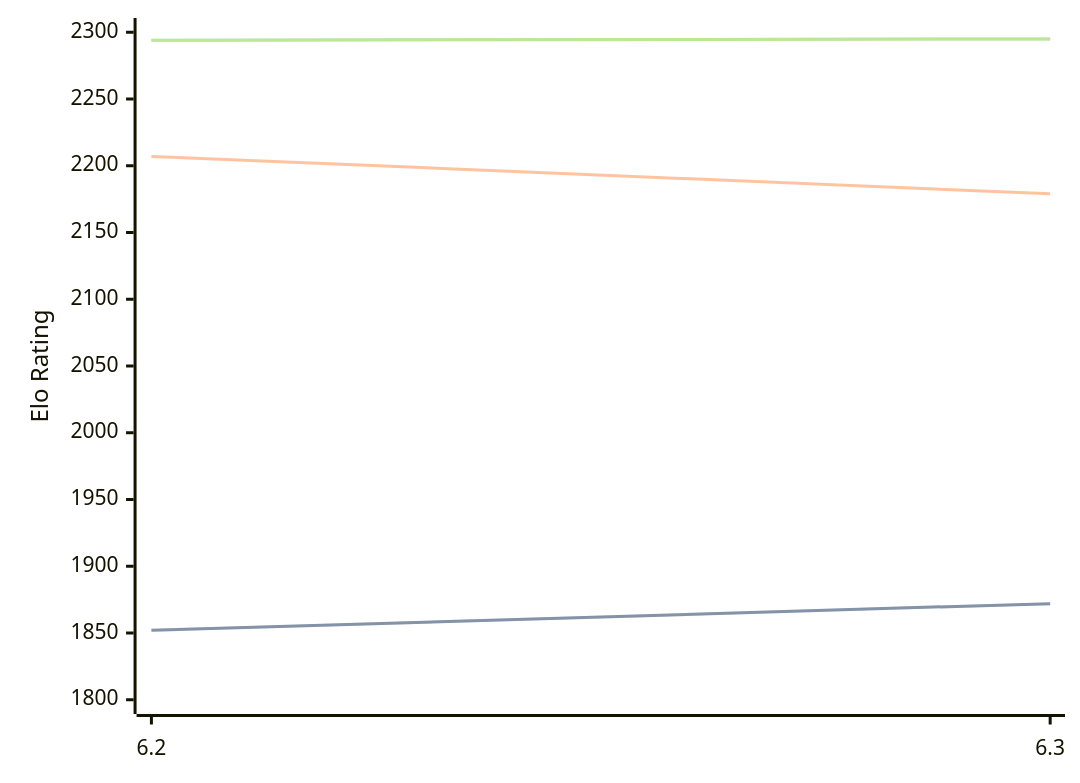
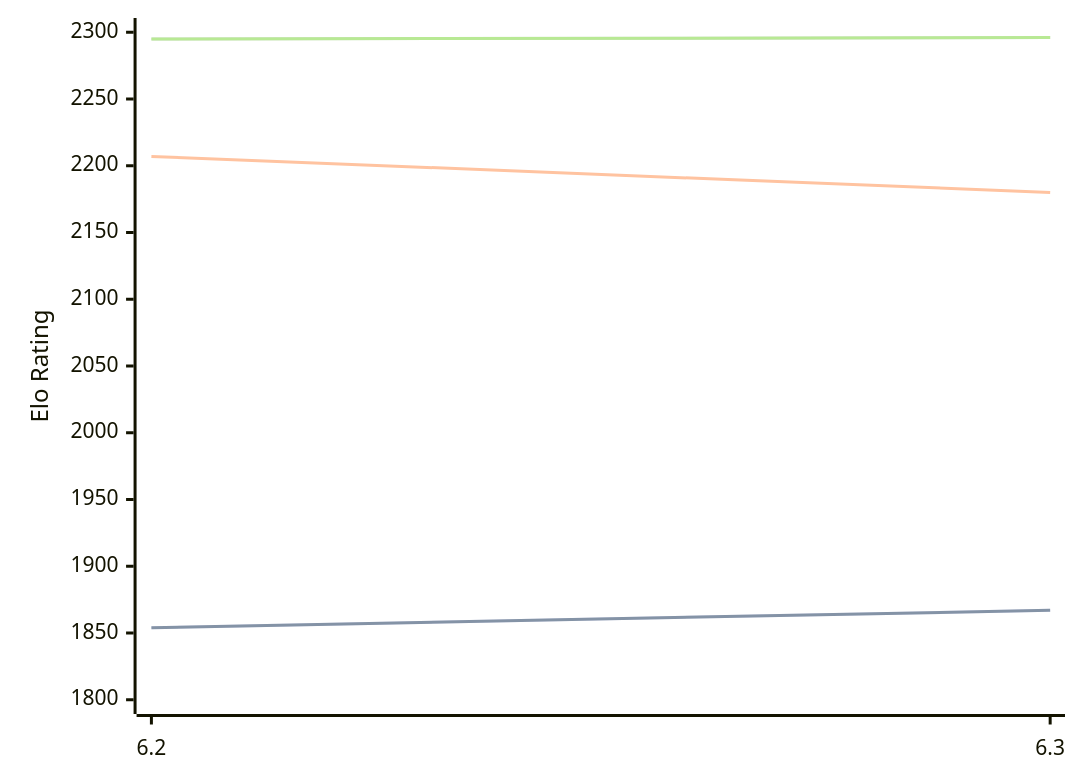
One commit to computer-chess-index/cci changed the diagram in engines/chess4j.md. Above: the diagram before and after it, drawn with Mermaid. The commit also changed other lines of this file, not shown here.

Commit message:
Update CCI Ratings (ELO VLTC) - 2026-08-26

````diff
--- a/engines/chess4j.md
+++ b/engines/chess4j.md
@@ -32,11 +32,11 @@
 ```mermaid
 %%{init: {"theme":"base","themeVariables":{"seriesColors:['#a3a3a3','#222221','#faa371']}}}%%
 xychart-beta
   x-axis ["6.2", "6.3"]
   y-axis "Elo Rating" 1800 --> 2300
-  line "STC (8.0+0.08s)" [1852, 1872]
-  line "STC (8.0+0.08s)" [1852, 1872]
-  line "LTC (60.0+0.60s)" [2207, 2179]
-  line "VLTC (2m24s+1.12s)" [2294, 2295]
-  line "VLTC (2m24s+1.12s)" [2294, 2295]
+  line "STC (8.0+0.08s)" [1854, 1867]
+  line "STC (8.0+0.08s)" [1854, 1867]
+  line "LTC (60.0+0.60s)" [2207, 2180]
+  line "VLTC (2m24s+1.12s)" [2295, 2296]
+  line "VLTC (2m24s+1.12s)" [2295, 2296]
 ```
````
